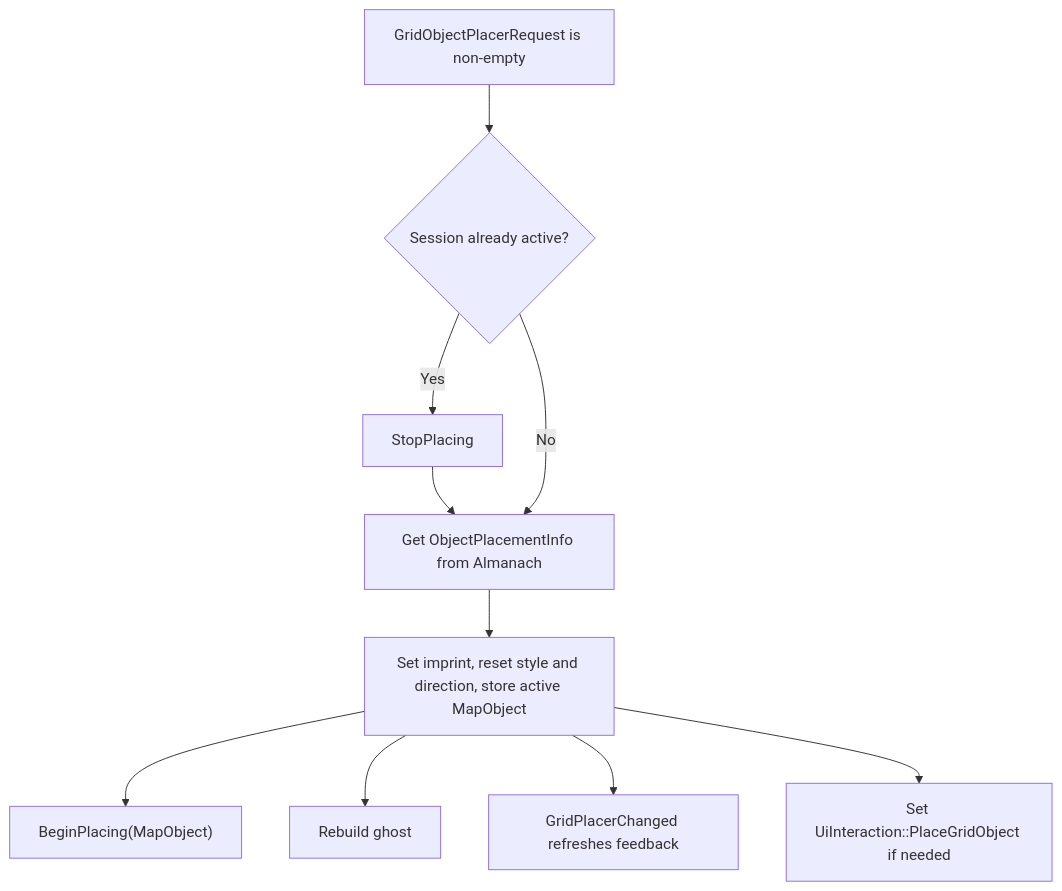
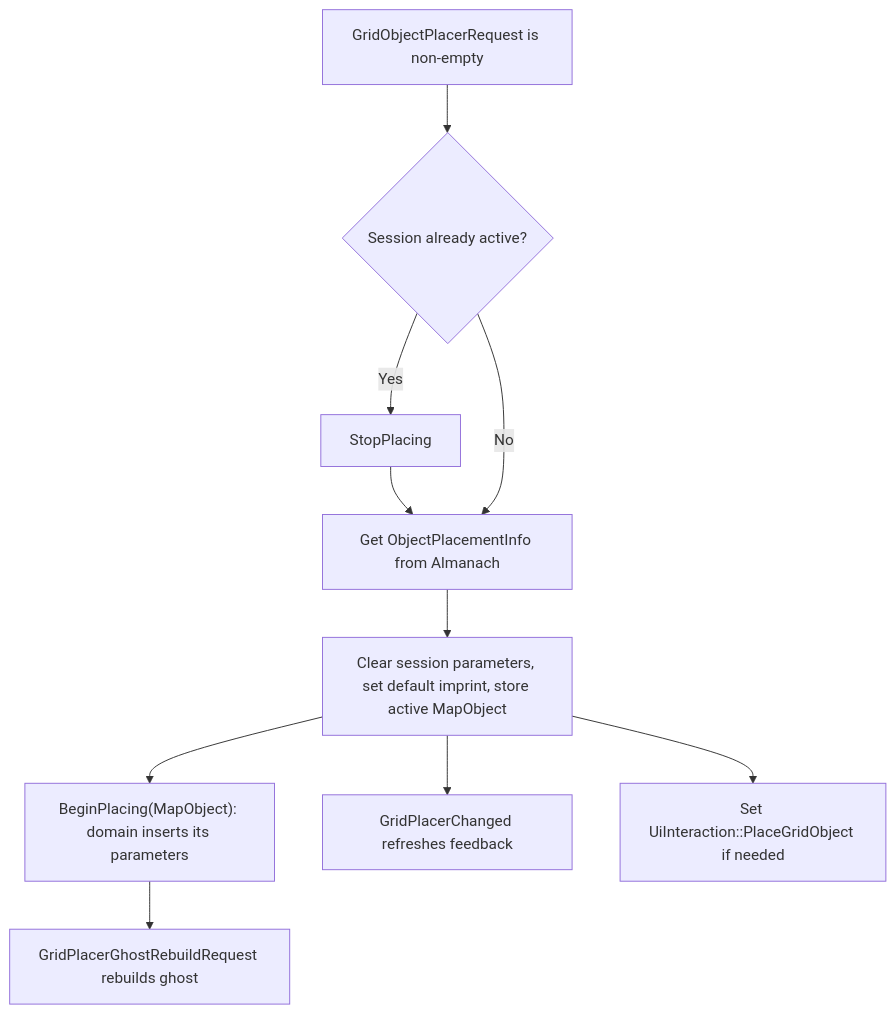
Before and after one commit to Arrekin/dark-wisps-defence: the first of 5 diagrams in documentation/architecture/grid_placer.md, drawn with Mermaid. The commit also changed other lines of this file and 33 other files, not shown here.

````diff
--- a/documentation/architecture/grid_placer.md
+++ b/documentation/architecture/grid_placer.md
@@ -88,11 +105,11 @@
 ```mermaid
 flowchart TB
     request["GridObjectPlacerRequest is non-empty"] --> previous{"Session already active?"}
     previous -- Yes --> stop["StopPlacing"] --> info["Get ObjectPlacementInfo from Almanach"]
     previous -- No --> info
-    info --> session["Set imprint, reset style and direction, store active MapObject"]
-    session --> begin["BeginPlacing(MapObject)"]
-    session --> ghost["Rebuild ghost"]
+    info --> session["Clear session parameters, set default imprint, store active MapObject"]
+    session --> begin["BeginPlacing(MapObject): domain inserts its parameters"]
+    begin --> ghost["GridPlacerGhostRebuildRequest rebuilds ghost"]
     session --> changed["GridPlacerChanged refreshes feedback"]
     session --> state["Set UiInteraction::PlaceGridObject if needed"]
 ```
````
